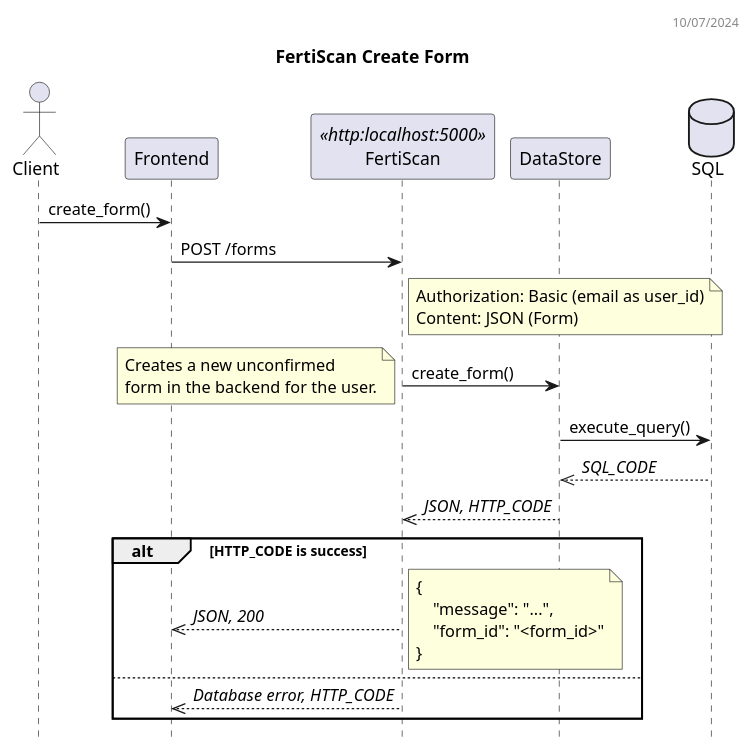
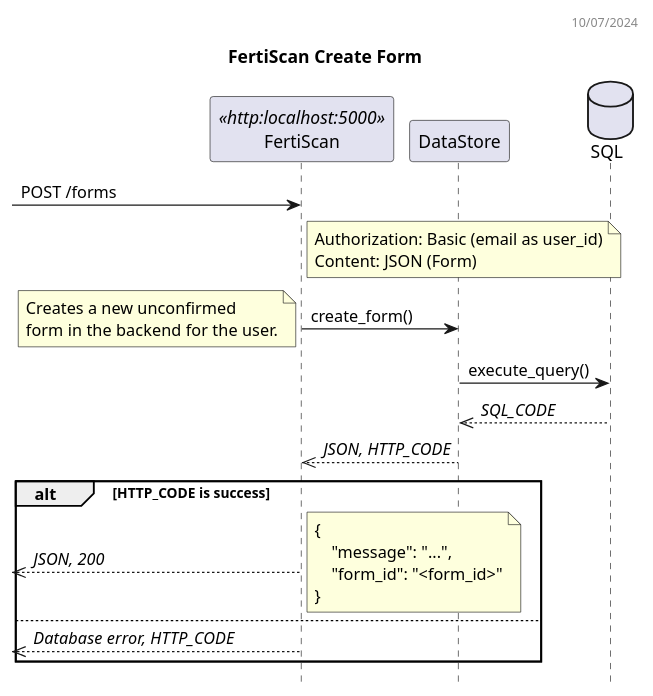
Before and after one commit to ai-cfia/fertiscan-backend: the diagram in docs/create_dss.puml, drawn with PlantUML. The commit also changed 6 other files, not shown here.

Commit message:
fix: remove frontend from diagrams

```diff
--- a/docs/create_dss.puml
+++ b/docs/create_dss.puml
@@ -1,40 +1,37 @@
 @startuml FertiScan Sequence Diagram
 header 10/07/2024
 
 title FertiScan Create Form
 hide empty members
 hide footbox
 
-actor "Client" as C
-participant Frontend as FE
 participant FertiScan as BE <<http:localhost:5000>>
 participant DataStore as DS
 database SQL as DB
 
-C -> FE: create_form()
-FE -> BE: POST /forms
+-> BE: POST /forms
 note right BE
   Authorization: Basic (email as user_id)
   Content: JSON (Form)
 end note
 BE -> DS: create_form()
 note left
     Creates a new unconfirmed
     form in the backend for the user.
 end note
 DS -> DB: execute_query()
 DS <<-- DB: //SQL_CODE//
 BE <<-- DS: //JSON, HTTP_CODE//
 alt HTTP_CODE is success
-  FE <<-- BE: //JSON, 200//
+  <<-- BE: //JSON, 200//
   note right
     {
         "message": "...",
         "form_id": "<form_id>"
     }
   end note
 else
-  FE <<-- BE: //Database error, HTTP_CODE//
+  <<-- BE: //Database error, HTTP_CODE//
 end
 
 @enduml
```
